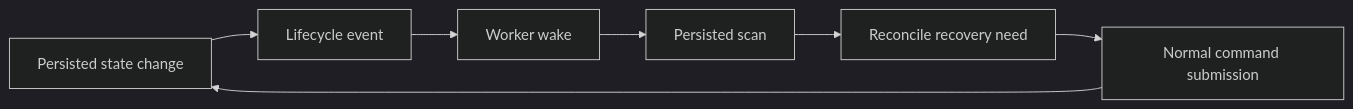
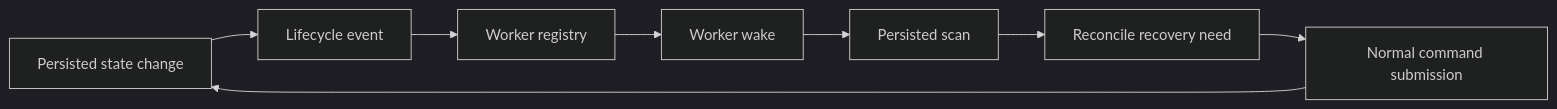
The diagram in docs/architecture/recovery-lifecycle-workers.md (Neko-Catpital-Labs/Invoker), drawn with Mermaid (dark theme) before and after one commit. The commit also changed other lines of this file and 1 other file, not shown here.

````diff
--- a/docs/architecture/recovery-lifecycle-workers.md
+++ b/docs/architecture/recovery-lifecycle-workers.md
@@ -31,9 +33,10 @@
 ```mermaid
 flowchart LR
   PersistedChange[Persisted state change] --> Event[Lifecycle event]
-  Event --> Worker[Worker wake]
+  Event --> Registry[Worker registry]
+  Registry --> Worker[Worker wake]
   Worker --> Scan[Persisted scan]
   Scan --> Decision[Reconcile recovery need]
   Decision --> Command[Normal command submission]
   Command --> PersistedChange
 ```
````
